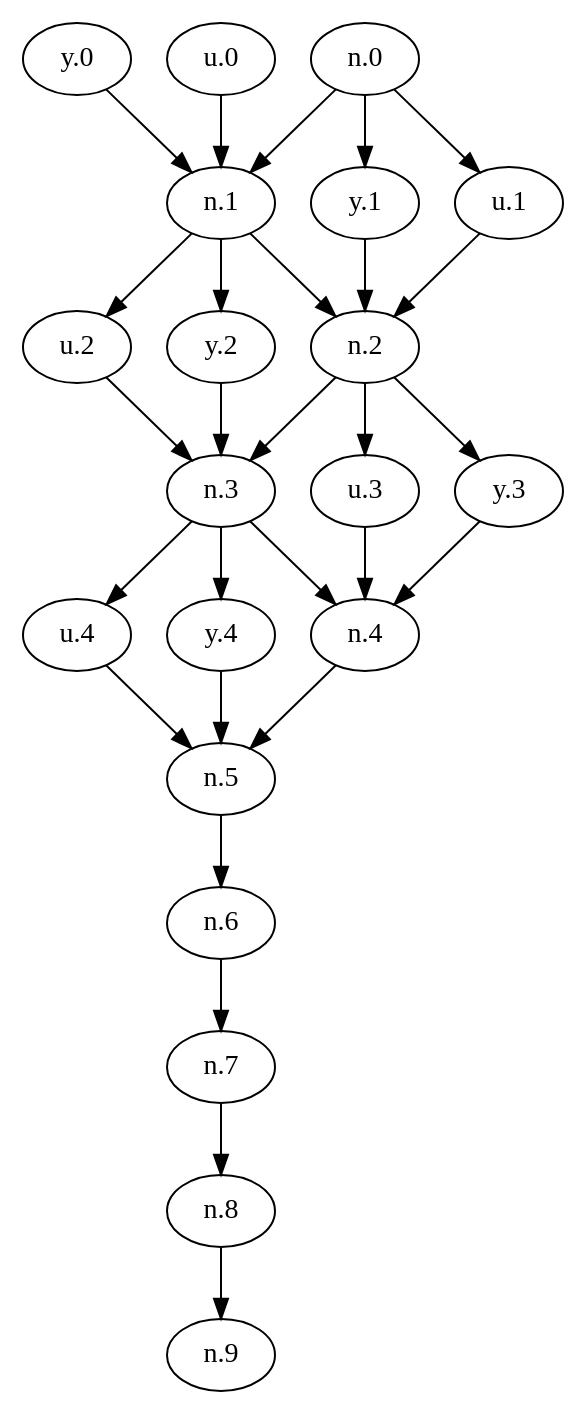
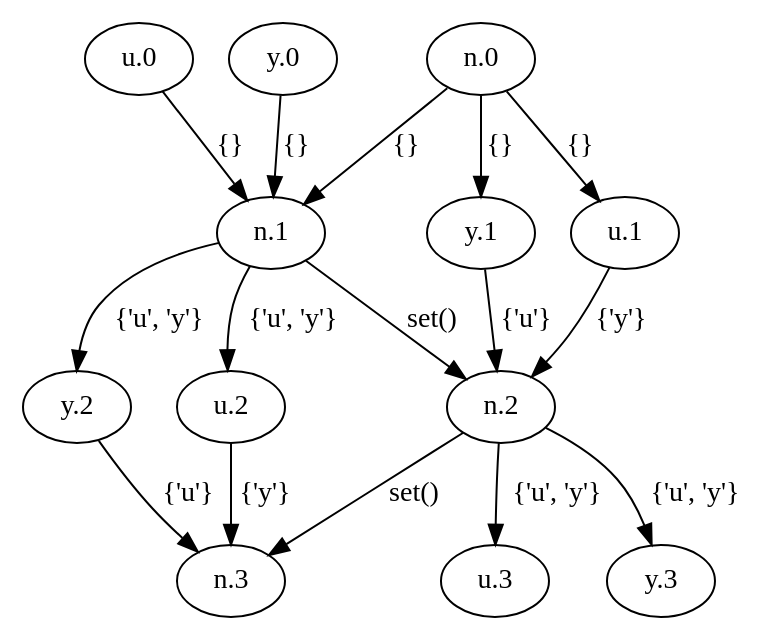
The diagram in graph.dot (coglo/SigmaPie), drawn with Graphviz before and after one commit. The commit also changed 7 other files, not shown here.

Commit message:
graph grammar labels

```diff
--- a/graph.dot
+++ b/graph.dot
@@ -1,29 +1,17 @@
 strict digraph "" {
-	"y.0" -> "n.1"	[blockers="{}"];
-	"n.1" -> "n.2"	[blockers="set()"];
-	"n.1" -> "u.2"	[blockers="{'u', 'y'}"];
-	"n.1" -> "y.2"	[blockers="{'u', 'y'}"];
-	"n.2" -> "n.3"	[blockers="set()"];
-	"n.2" -> "u.3"	[blockers="{'u', 'y'}"];
-	"n.2" -> "y.3"	[blockers="{'u', 'y'}"];
-	"n.3" -> "n.4"	[blockers="set()"];
-	"n.3" -> "u.4"	[blockers="{'u', 'y'}"];
-	"n.3" -> "y.4"	[blockers="{'u', 'y'}"];
-	"n.4" -> "n.5"	[blockers="set()"];
-	"n.5" -> "n.6"	[blockers="set()"];
-	"n.6" -> "n.7"	[blockers="set()"];
-	"n.7" -> "n.8"	[blockers="set()"];
-	"n.8" -> "n.9"	[blockers="set()"];
-	"u.0" -> "n.1"	[blockers="{}"];
-	"n.0" -> "n.1"	[blockers="{}"];
-	"n.0" -> "y.1"	[blockers="{}"];
-	"n.0" -> "u.1"	[blockers="{}"];
-	"u.3" -> "n.4"	[blockers="{'u', 'y'}"];
-	"u.2" -> "n.3"	[blockers="{'u', 'y'}"];
-	"y.1" -> "n.2"	[blockers="{'u', 'y'}"];
-	"u.1" -> "n.2"	[blockers="{'u', 'y'}"];
-	"u.4" -> "n.5"	[blockers="{'u', 'y'}"];
-	"y.2" -> "n.3"	[blockers="{'u', 'y'}"];
-	"y.3" -> "n.4"	[blockers="{'u', 'y'}"];
-	"y.4" -> "n.5"	[blockers="{'u', 'y'}"];
+	"u.0" -> "n.1"	[label="{}"];
+	"n.1" -> "n.2"	[label="set()"];
+	"n.1" -> "u.2"	[label="{'u', 'y'}"];
+	"n.1" -> "y.2"	[label="{'u', 'y'}"];
+	"n.2" -> "n.3"	[label="set()"];
+	"n.2" -> "u.3"	[label="{'u', 'y'}"];
+	"n.2" -> "y.3"	[label="{'u', 'y'}"];
+	"y.0" -> "n.1"	[label="{}"];
+	"n.0" -> "n.1"	[label="{}"];
+	"n.0" -> "y.1"	[label="{}"];
+	"n.0" -> "u.1"	[label="{}"];
+	"y.1" -> "n.2"	[label="{'u'}"];
+	"u.1" -> "n.2"	[label="{'y'}"];
+	"u.2" -> "n.3"	[label="{'y'}"];
+	"y.2" -> "n.3"	[label="{'u'}"];
 }
```
